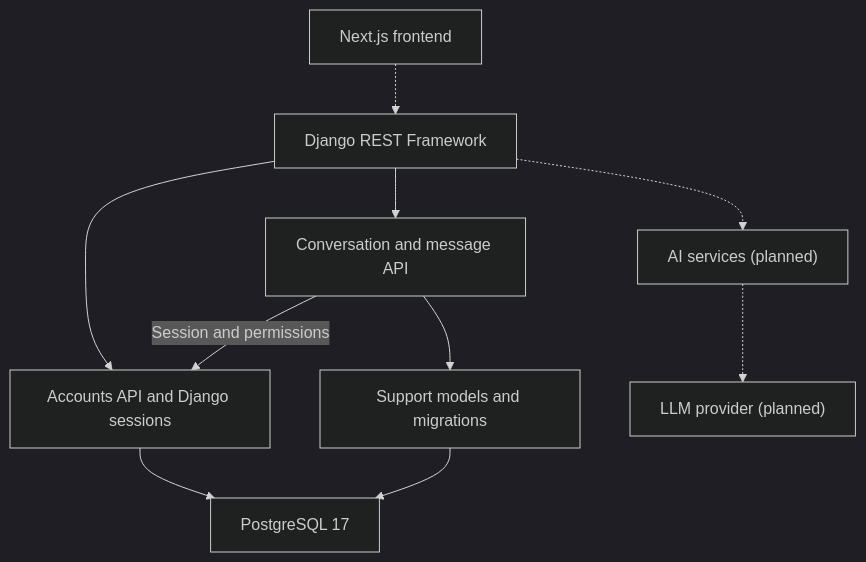
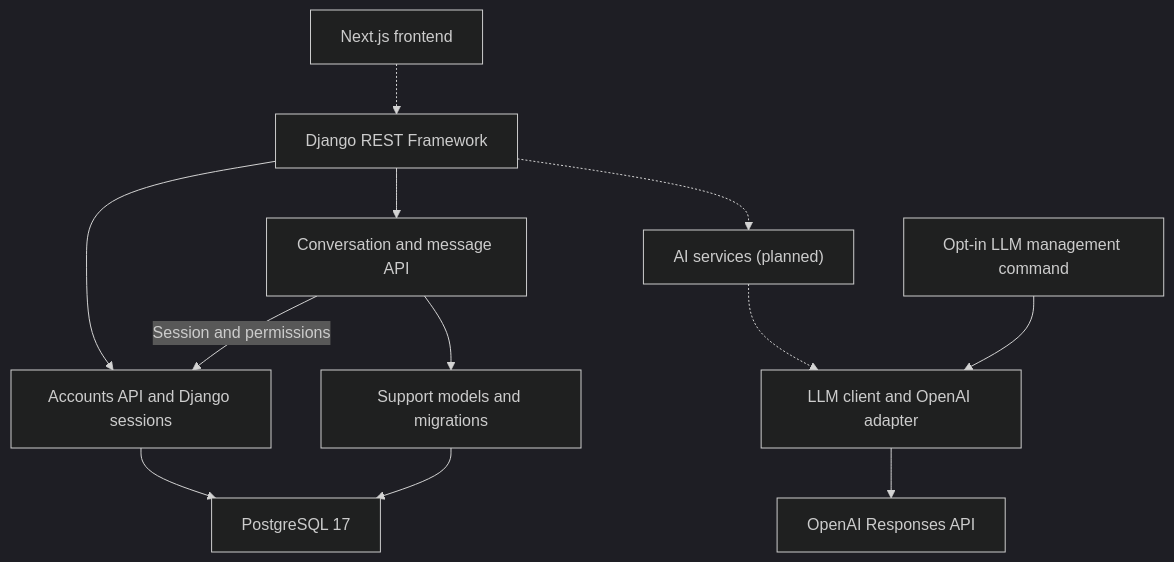
Before and after one commit to isazadesabuhi/ai-customer-support: the diagram in docs/architecture/overview.md, drawn with Mermaid (dark theme). The commit also changed other lines of this file and 34 other files, not shown here.

Commit message:
feat(ai): add OpenAI LLM client with retries and mocked tests

````diff
--- a/docs/architecture/overview.md
+++ b/docs/architecture/overview.md
@@ -7,20 +7,24 @@
 ```mermaid
 flowchart TD
     Frontend["Next.js frontend"]
     Backend["Django REST Framework"]
     Accounts["Accounts API and Django sessions"]
     API["Conversation and message API"]
     Support["Support models and migrations"]
     Database["PostgreSQL 17"]
     AI["AI services (planned)"]
-    Provider["LLM provider (planned)"]
+    LLM["LLM client and OpenAI adapter"]
+    Check["Opt-in LLM management command"]
+    Provider["OpenAI Responses API"]
     Frontend -.-> Backend
     Backend --> Accounts
     Backend --> API
     API -->|"Session and permissions"| Accounts
     Accounts --> Database
     API --> Support
     Support --> Database
     Backend -.-> AI
-    AI -.-> Provider
+    AI -.-> LLM
+    Check --> LLM
+    LLM --> Provider
 ```
````
